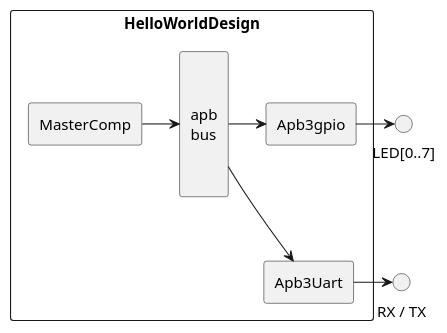
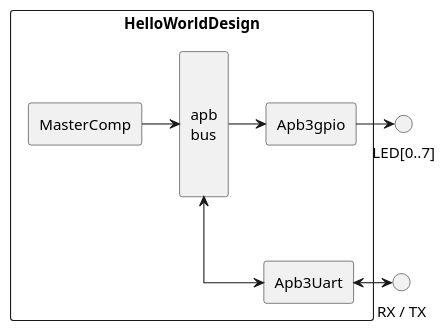
The third of 3 diagrams in README.md (tuppi-ovh/example-sparkfun-alchitry-cu), drawn with PlantUML before and after one commit. The commit also changed other lines of this file, not shown here.

Commit message:
test plantuml diag into github

````diff
--- a/README.md
+++ b/README.md
@@ -51,19 +51,20 @@
 ```plantuml
 @startuml
+skinparam linetype ortho
 rectangle HelloWorldDesign {
   rectangle MasterComp
   rectangle "\n\napb\nbus\n\n" as apb
   rectangle Apb3gpio as gpio
   rectangle Apb3Uart as uart
 }
 circle "LED[0..7]" as io_leds
 circle "RX / TX" as io_uart
 
 MasterComp -> apb 
 apb -> gpio
 gpio -> io_leds
-apb -> uart
-uart -> io_uart
+apb <-> uart
+uart <-> io_uart
 gpio --[hidden] uart
 @enduml
 ```
````
